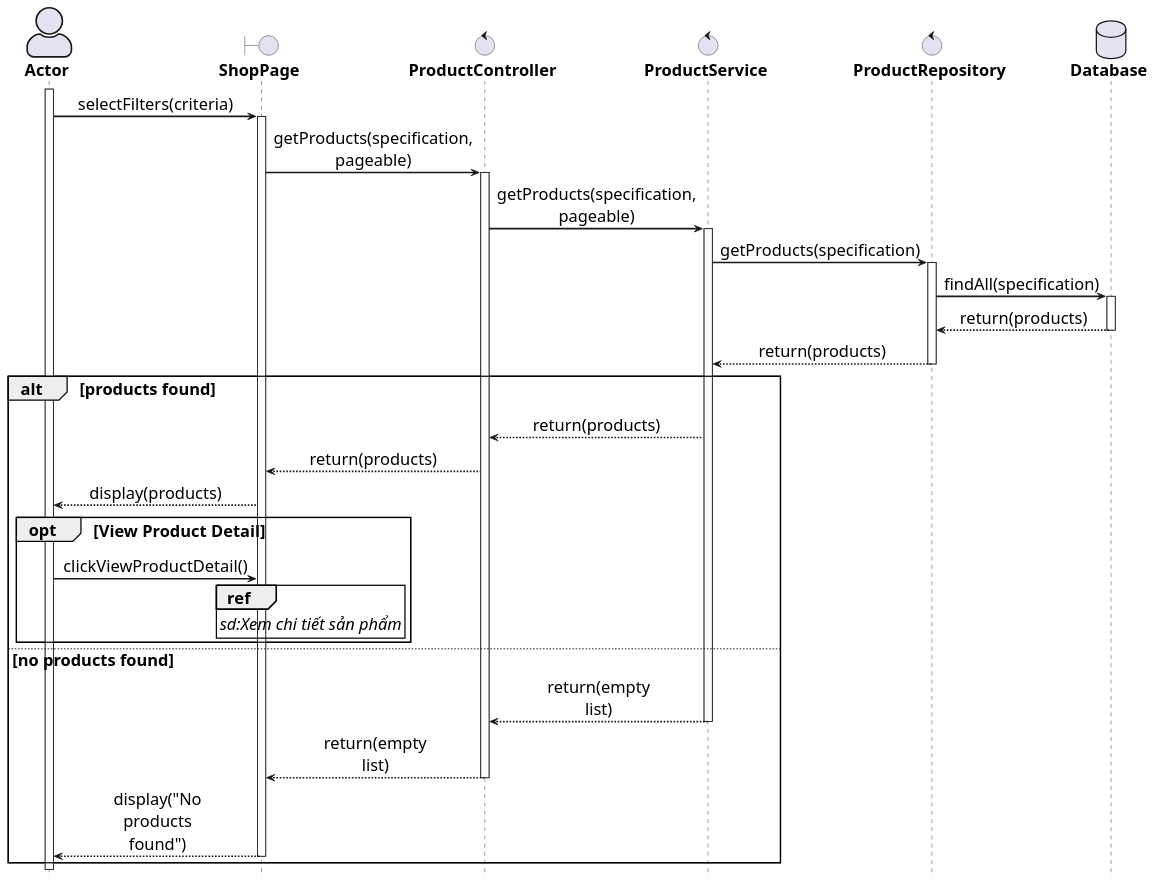
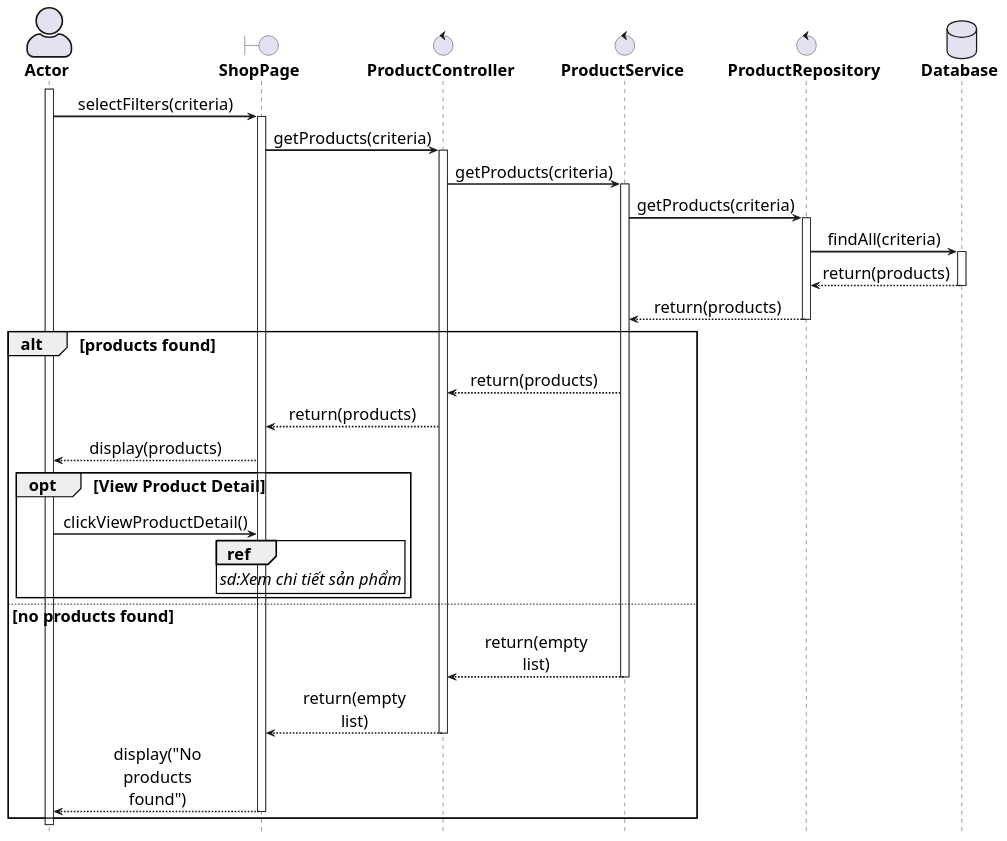
The diagram in docs/sequence-diagram/filter-product.pu (phuquy-28/clothing-store-spring), drawn with PlantUML before and after one commit. The commit also changed 27 other files, not shown here.

Commit message:
add fields product response; refactor sequence

```diff
--- a/docs/sequence-diagram/filter-product.pu
+++ b/docs/sequence-diagram/filter-product.pu
@@ -1,81 +1,81 @@
 @startuml
 
 ' General configuration
 skinparam defaultFontSize 20
 skinparam maxMessageSize 60
 skinparam sequenceMessageAlign center
 
 ' Actor style configuration
 skinparam actorStyle awesome
 
 ' Arrow and border thickness configuration
 skinparam {
     ArrowThickness 2
     ParticipantBorderThickness 2
     ActorBorderThickness 2
     LifeLineBorderThickness 2
     ActivationBorderThickness 2
 }
 
 ' Life line color configuration
 skinparam LifeLineBorderColor black
 
 ' Font style configuration for components
 skinparam {
     actorFontStyle bold
     boundaryFontStyle bold
     controlFontStyle bold
     entityFontStyle bold
     databaseFontStyle bold
 }
 
 ' Define components
 actor "Actor" as actor
 boundary "ShopPage" as shopPage
 control "ProductController" as controller
 control "ProductService" as service
 control "ProductRepository" as repo
 database "Database" as db
 
 ' Start processing flow
 activate actor
 actor -> shopPage: selectFilters(criteria)
 activate shopPage
 
-shopPage -> controller: getProducts(specification, pageable)
+shopPage -> controller: getProducts(criteria)
 activate controller
 
-controller -> service: getProducts(specification, pageable)
+controller -> service: getProducts(criteria)
 activate service
 
-service -> repo: getProducts(specification)
+service -> repo: getProducts(criteria)
 activate repo
-repo -> db: findAll(specification)
+repo -> db: findAll(criteria)
 activate db
 db --> repo: return(products)
 deactivate db
 repo --> service: return(products)
 deactivate repo
 
 alt products found
     service --> controller: return(products)
     controller --> shopPage: return(products)
     shopPage --> actor: display(products)
     
     opt View Product Detail
         actor -> shopPage: clickViewProductDetail()
         ref over shopPage
             //sd:Xem chi tiết sản phẩm//
         end ref
     end
 else no products found
     service --> controller: return(empty list)
     deactivate service
     controller --> shopPage: return(empty list)
     deactivate controller
     shopPage --> actor: display("No products found")
     deactivate shopPage
 end
 
 hide footbox
 @enduml
```
